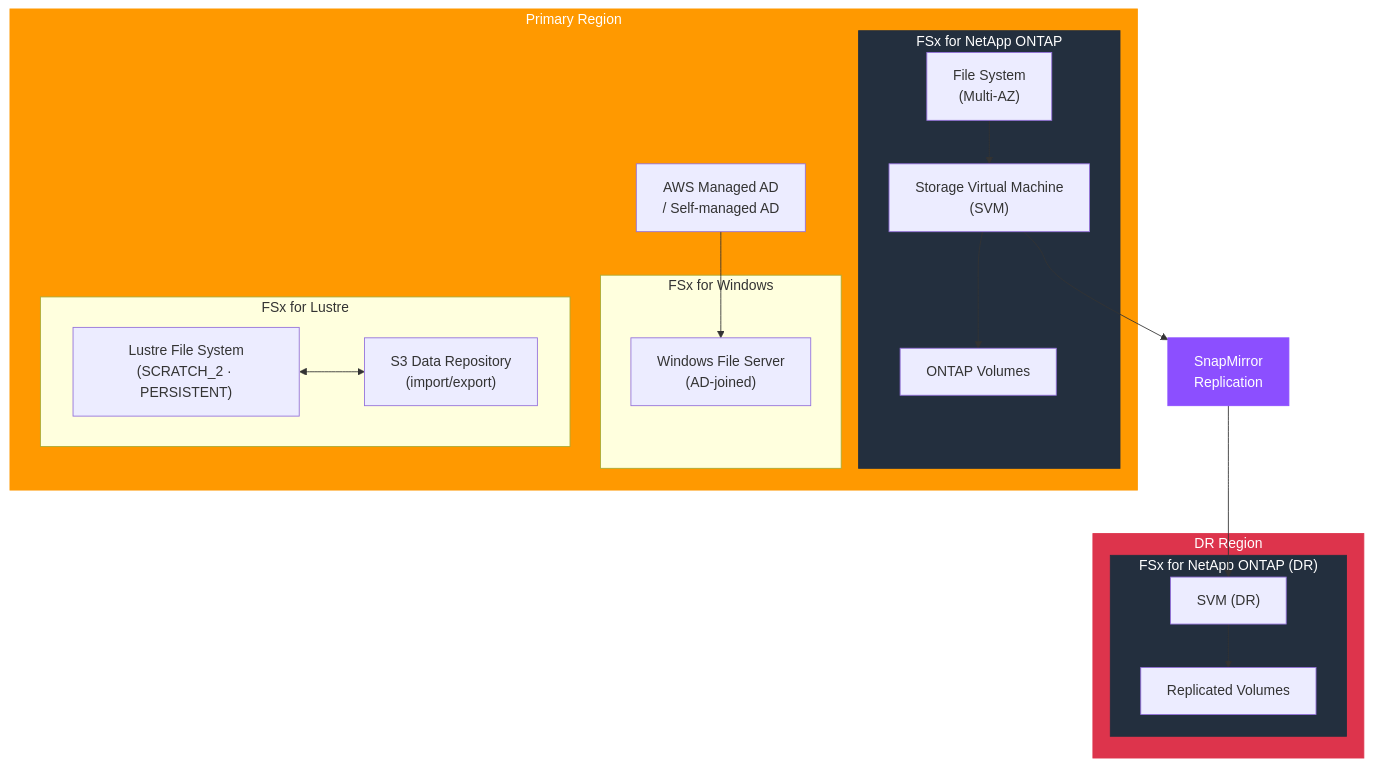
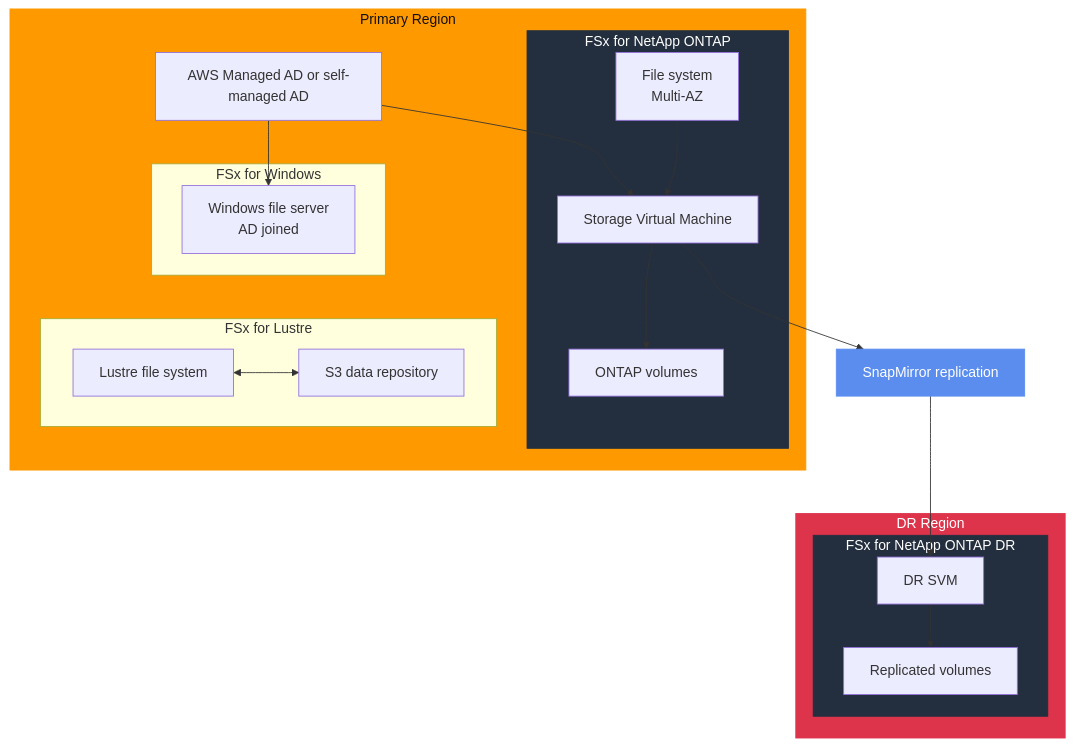
The diagram in tf-aws-fsx/README.md (shaikis/golden_modules), drawn with Mermaid before and after one commit. The commit also changed other lines of this file and 12 other files, not shown here.

````diff
--- a/tf-aws-fsx/README.md
+++ b/tf-aws-fsx/README.md
@@ -9,40 +9,41 @@
 ```mermaid
 graph TB
-    subgraph Primary["Primary Region"]
+    subgraph PRIMARY["Primary Region"]
         subgraph ONTAP_P["FSx for NetApp ONTAP"]
-            SVM_P["Storage Virtual Machine\n(SVM)"]
-            VOL_P["ONTAP Volumes"]
-            FS_P["File System\n(Multi-AZ)"]
+            FS_P["File system<br/>Multi-AZ"]
+            SVM_P["Storage Virtual Machine"]
+            VOL_P["ONTAP volumes"]
         end
         subgraph WIN["FSx for Windows"]
-            WIN_FS["Windows File Server\n(AD-joined)"]
+            WIN_FS["Windows file server<br/>AD joined"]
         end
         subgraph LUS["FSx for Lustre"]
-            LUS_FS["Lustre File System\n(SCRATCH_2 · PERSISTENT)"]
-            S3_LINK["S3 Data Repository\n(import/export)"]
+            LUS_FS["Lustre file system"]
+            S3_LINK["S3 data repository"]
         end
-        AD["AWS Managed AD\n/ Self-managed AD"]
+        AD["AWS Managed AD or self-managed AD"]
     end
 
     subgraph DR["DR Region"]
-        subgraph ONTAP_DR["FSx for NetApp ONTAP (DR)"]
-            SVM_DR["SVM (DR)"]
-            VOL_DR["Replicated Volumes"]
+        subgraph ONTAP_DR["FSx for NetApp ONTAP DR"]
+            SVM_DR["DR SVM"]
+            VOL_DR["Replicated volumes"]
         end
     end
 
-    SM["SnapMirror\nReplication"]
+    SM["SnapMirror replication"]
 
     AD --> WIN_FS
+    AD --> SVM_P
+    FS_P --> SVM_P
     SVM_P --> VOL_P
-    FS_P --> SVM_P
     LUS_FS <--> S3_LINK
     SVM_P --> SM --> SVM_DR
     SVM_DR --> VOL_DR
 
-    style Primary fill:#FF9900,color:#fff,stroke:#FF9900
-    style DR fill:#DD344C,color:#fff,stroke:#DD344C
-    style ONTAP_P fill:#232F3E,color:#fff,stroke:#232F3E
-    style ONTAP_DR fill:#232F3E,color:#fff,stroke:#232F3E
-    style SM fill:#8C4FFF,color:#fff,stroke:#8C4FFF
+    style PRIMARY fill:#FF9900,color:#111111,stroke:#FF9900
+    style DR fill:#DD344C,color:#ffffff,stroke:#DD344C
+    style ONTAP_P fill:#232F3E,color:#ffffff,stroke:#232F3E
+    style ONTAP_DR fill:#232F3E,color:#ffffff,stroke:#232F3E
+    style SM fill:#5B8DEF,color:#ffffff,stroke:#5B8DEF
 ```
````
